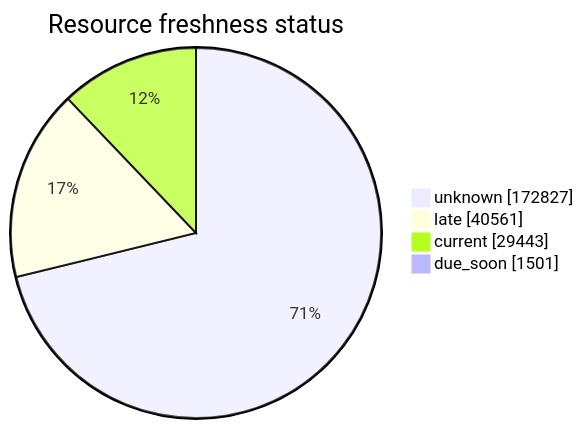
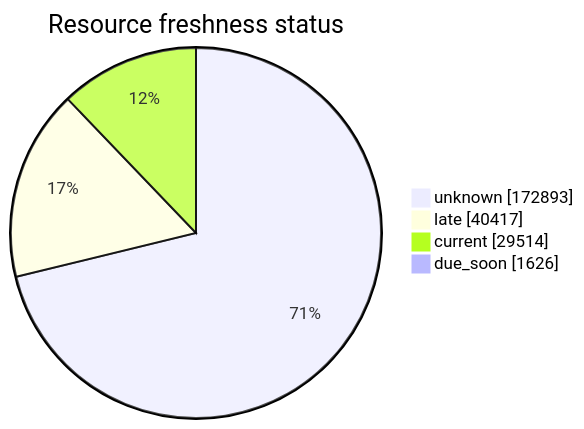
Before and after one commit to open-data/analytics-corporate-reporting: the third of 5 diagrams in FreshCheck/README.md, drawn with Mermaid. The commit also changed other lines of this file and 3 other files, not shown here.

````diff
--- a/FreshCheck/README.md
+++ b/FreshCheck/README.md
@@ -78,7 +78,7 @@
 ```mermaid
 pie showData title Resource freshness status
-    "unknown": 172827
-    "late": 40561
-    "current": 29443
-    "due_soon": 1501
+    "unknown": 172893
+    "late": 40417
+    "current": 29514
+    "due_soon": 1626
 ```
````
